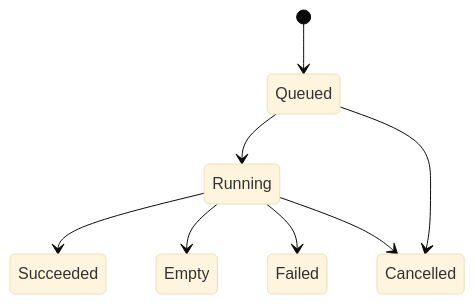
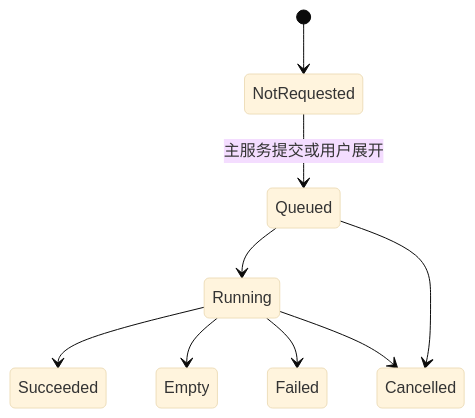
The fifth of 5 diagrams in docs/architecture/overall-architecture.md (NotionNest/Evolish), drawn with Mermaid (base theme) before and after one commit. The commit also changed other lines of this file and 33 other files, not shown here.

````diff
--- a/docs/architecture/overall-architecture.md
+++ b/docs/architecture/overall-architecture.md
@@ -275,10 +275,11 @@
 ```mermaid
 stateDiagram-v2
-    [*] --> Queued
+    [*] --> NotRequested
+    NotRequested --> Queued: 主服务提交或用户展开
     Queued --> Running
     Running --> Succeeded
     Running --> Empty
     Running --> Failed
     Queued --> Cancelled
     Running --> Cancelled
 ```
````
